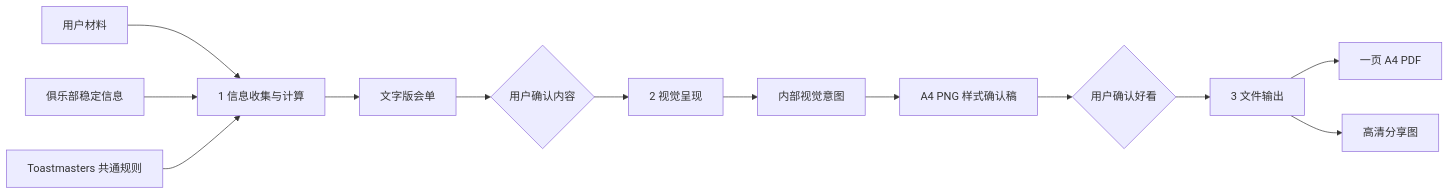
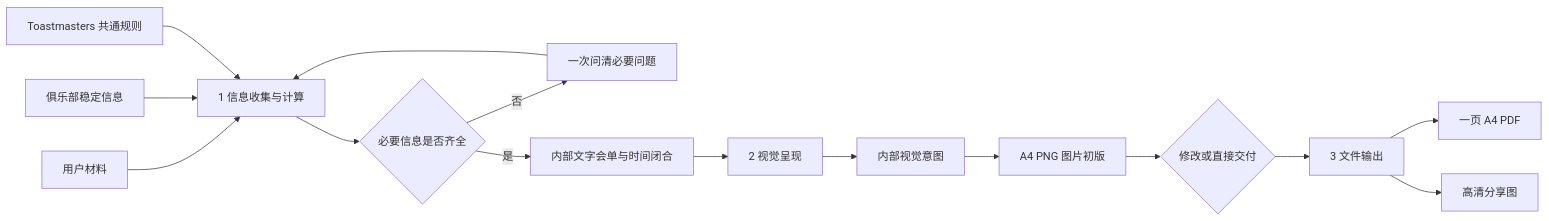
One commit to FelixMaofei/felix-toastmasters-agenda changed the diagram in references/v3-architecture.md. Above: the diagram before and after it, drawn with Mermaid. The commit also changed other lines of this file and 15 other files, not shown here.

````diff
--- a/references/v3-architecture.md
+++ b/references/v3-architecture.md
@@ -19,18 +19,20 @@
 ```mermaid
 flowchart LR
     U[用户材料] --> A[1 信息收集与计算]
     P[俱乐部稳定信息] --> A
     R[Toastmasters 共通规则] --> A
 
-    A --> M[文字版会单]
-    M --> C1{用户确认内容}
+    A --> C1{必要信息是否齐全}
+    C1 -- 否 --> Q[一次问清必要问题]
+    Q --> A
+    C1 -- 是 --> M[内部文字会单与时间闭合]
 
-    C1 --> V[2 视觉呈现]
+    M --> V[2 视觉呈现]
     V --> I[内部视觉意图]
-    I --> H[A4 PNG 样式确认稿]
-    H --> C2{用户确认好看}
+    I --> H[A4 PNG 图片初版]
+    H --> C2{修改或直接交付}
 
     C2 --> E[3 文件输出]
     E --> PDF[一页 A4 PDF]
     E --> PNG[高清分享图]
 ```
````
